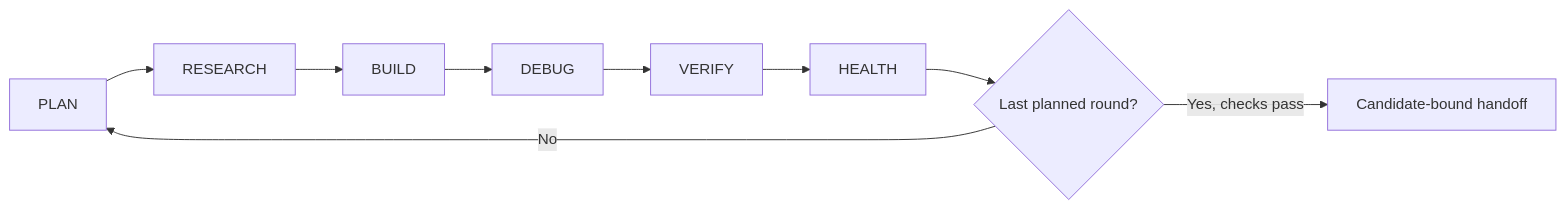
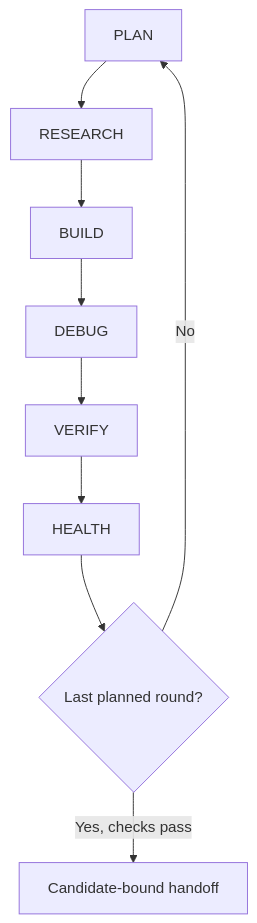
The third of 4 diagrams in README.md (codera647/Trailforge), drawn with Mermaid before and after one commit. The commit also changed other lines of this file, not shown here.

Commit message:
docs: validate diagrams and keep Develop phases readable

````diff
--- a/README.md
+++ b/README.md
@@ -308,11 +308,11 @@
 ```mermaid
-flowchart LR
+flowchart TB
     Plan[PLAN] --> Research[RESEARCH]
     Research --> Build[BUILD]
     Build --> Debug[DEBUG]
     Debug --> Verify[VERIFY]
     Verify --> Health[HEALTH]
     Health --> Decision{"Last planned round?"}
     Decision -->|No| Plan
     Decision -->|Yes, checks pass| Handoff["Candidate-bound handoff"]
 ```
````
